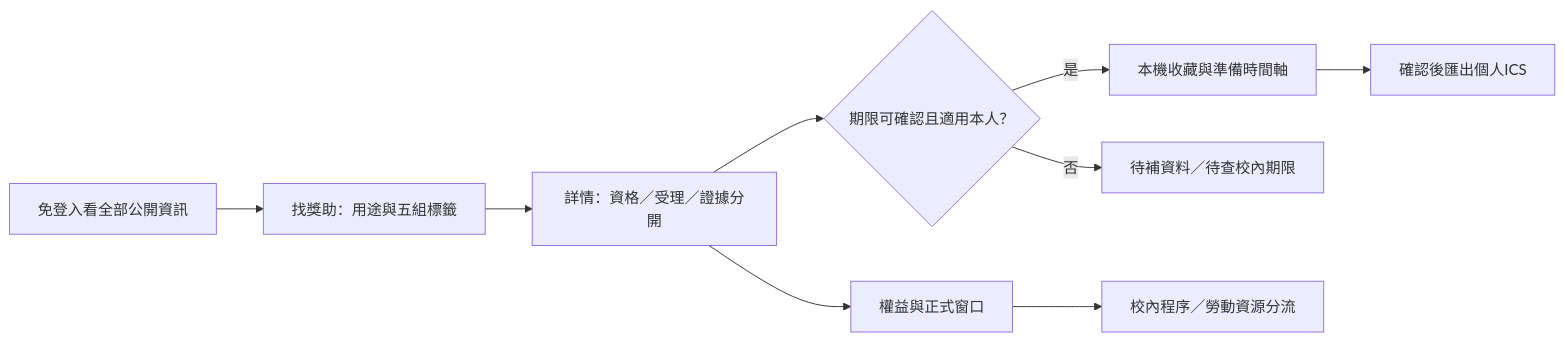
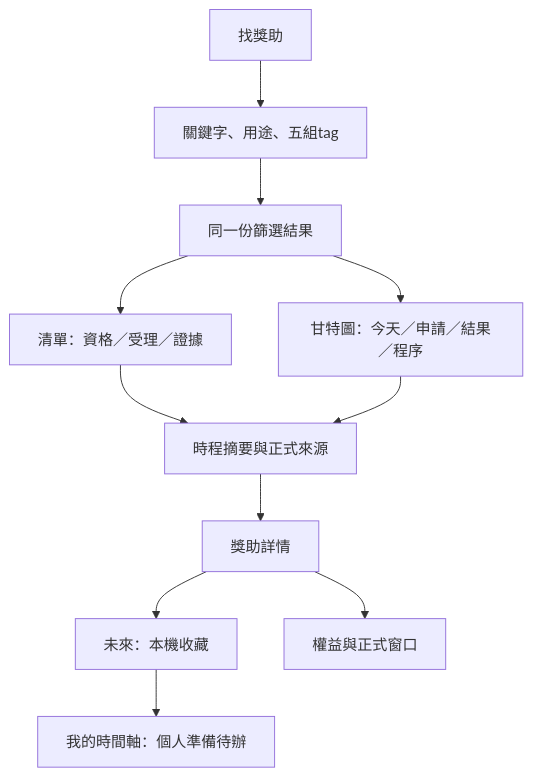
Before and after one commit to matt-ye/opengsa: the first of 2 diagrams in docs/design/README.md, drawn with Mermaid. The commit also changed other lines of this file and 8 other files, not shown here.

Commit message:
feat: add filterable gantt and page tabs

````diff
--- a/docs/design/README.md
+++ b/docs/design/README.md
@@ -18,11 +38,13 @@
 ```mermaid
-flowchart LR
- A[免登入看全部公開資訊] --> B[找獎助：用途與五組標籤]
- B --> C[詳情：資格／受理／證據分開]
- C --> D{期限可確認且適用本人？}
- D -->|是| E[本機收藏與準備時間軸]
- D -->|否| F[待補資料／待查校內期限]
- E --> G[確認後匯出個人ICS]
- C --> H[權益與正式窗口]
- H --> I[校內程序／勞動資源分流]
+flowchart TD
+ A[找獎助] --> B[關鍵字、用途、五組tag]
+ B --> C[同一份篩選結果]
+ C --> D[清單：資格／受理／證據]
+ C --> E[甘特圖：今天／申請／結果／程序]
+ D --> F[時程摘要與正式來源]
+ E --> F
+ F --> G[獎助詳情]
+ G --> H[未來：本機收藏]
+ H --> I[我的時間軸：個人準備待辦]
+ G --> J[權益與正式窗口]
 ```
````
